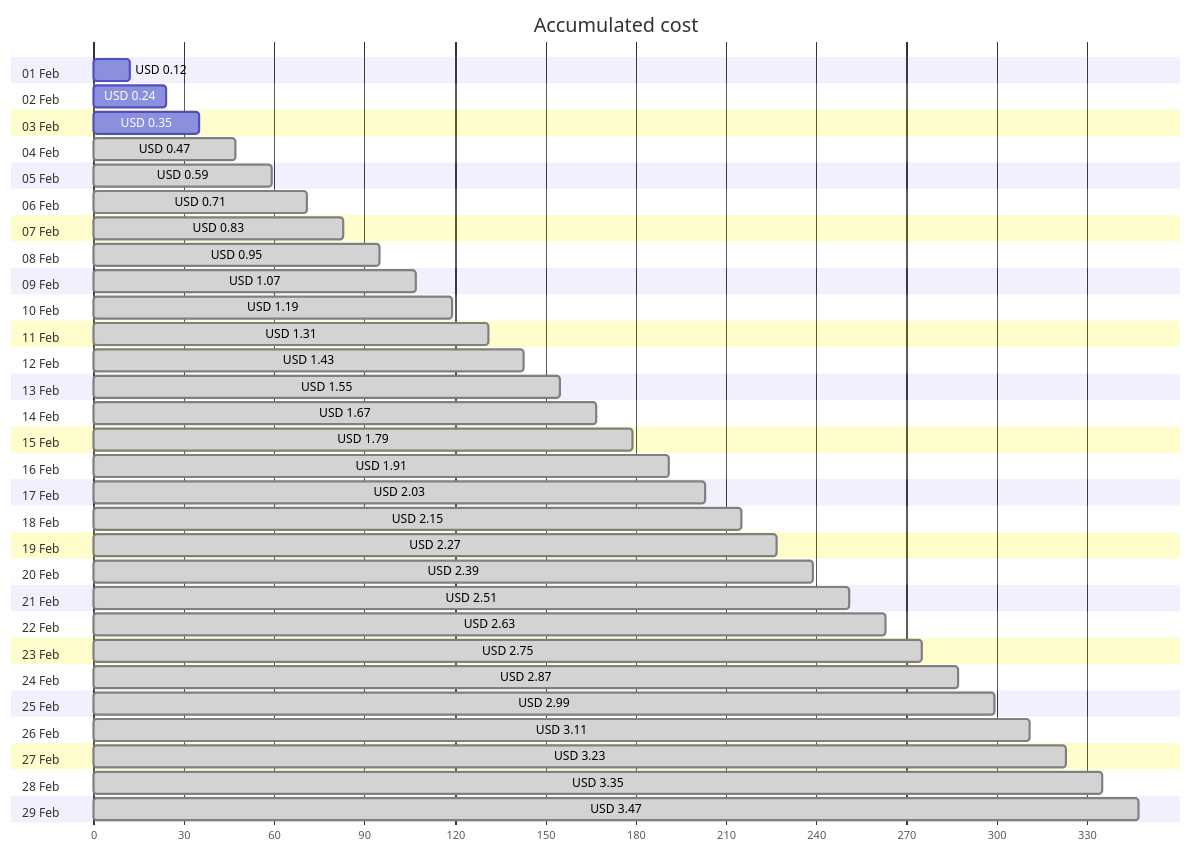
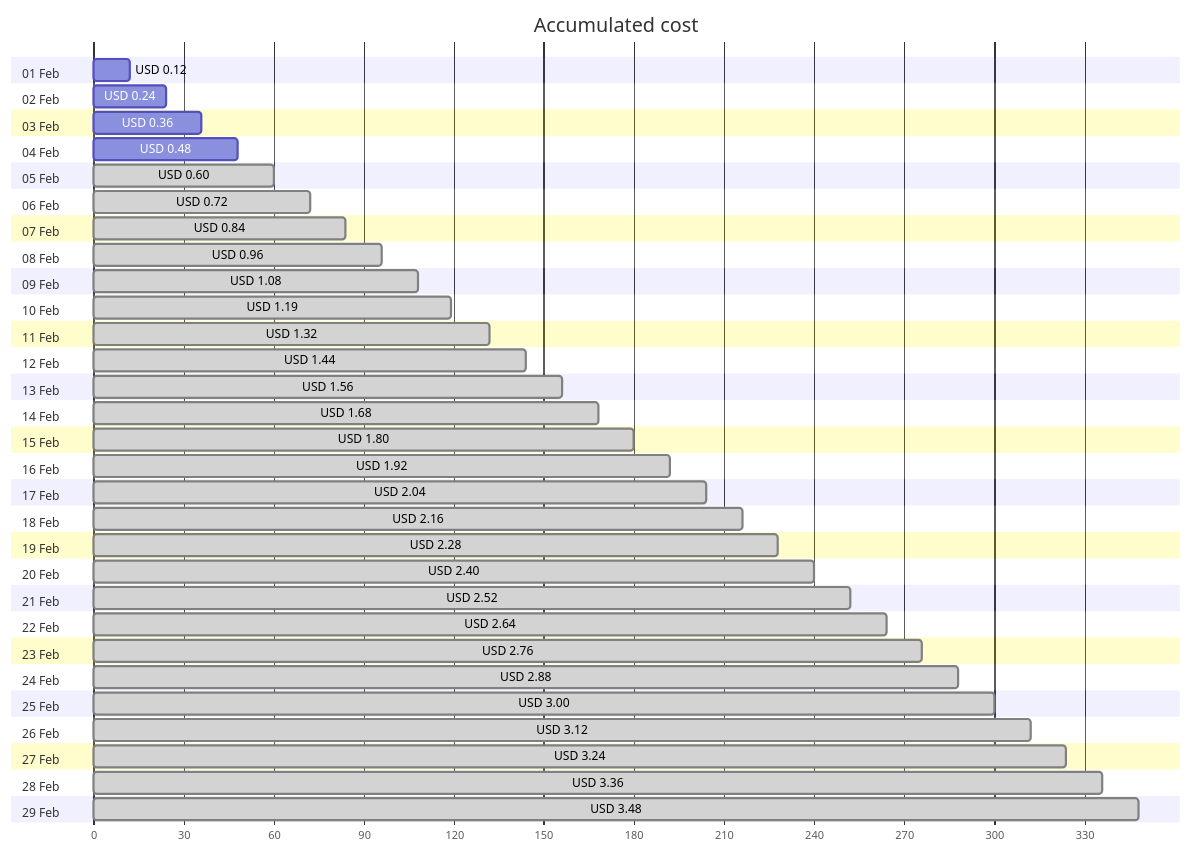
The first of 4 diagrams in cost-reports/personal-network/backup-server-public-ip.md (jpfulton/azure-personal-reports), drawn with Mermaid before and after one commit. The commit also changed other lines of this file and 8 other files, not shown here.

````diff
--- a/cost-reports/personal-network/backup-server-public-ip.md
+++ b/cost-reports/personal-network/backup-server-public-ip.md
@@ -20,64 +20,64 @@
 ```mermaid
 gantt
    title Accumulated cost
    dateFormat  X
    axisFormat %s
    section 01 Feb
    USD 0.12 :0, 12
    section 02 Feb
    USD 0.24 :0, 24
    section 03 Feb
-   USD 0.35 :0, 35
+   USD 0.36 :0, 36
    section 04 Feb
-   USD 0.47 : done, 0, 47
+   USD 0.48 :0, 48
    section 05 Feb
-   USD 0.59 : done, 0, 59
+   USD 0.60 : done, 0, 60
    section 06 Feb
-   USD 0.71 : done, 0, 71
+   USD 0.72 : done, 0, 72
    section 07 Feb
-   USD 0.83 : done, 0, 83
+   USD 0.84 : done, 0, 84
    section 08 Feb
-   USD 0.95 : done, 0, 95
+   USD 0.96 : done, 0, 96
    section 09 Feb
-   USD 1.07 : done, 0, 107
+   USD 1.08 : done, 0, 108
    section 10 Feb
    USD 1.19 : done, 0, 119
    section 11 Feb
-   USD 1.31 : done, 0, 131
+   USD 1.32 : done, 0, 132
    section 12 Feb
-   USD 1.43 : done, 0, 143
+   USD 1.44 : done, 0, 144
    section 13 Feb
-   USD 1.55 : done, 0, 155
+   USD 1.56 : done, 0, 156
    section 14 Feb
-   USD 1.67 : done, 0, 167
+   USD 1.68 : done, 0, 168
    section 15 Feb
-   USD 1.79 : done, 0, 179
+   USD 1.80 : done, 0, 180
    section 16 Feb
-   USD 1.91 : done, 0, 191
+   USD 1.92 : done, 0, 192
    section 17 Feb
-   USD 2.03 : done, 0, 203
+   USD 2.04 : done, 0, 204
    section 18 Feb
-   USD 2.15 : done, 0, 215
+   USD 2.16 : done, 0, 216
    section 19 Feb
-   USD 2.27 : done, 0, 227
+   USD 2.28 : done, 0, 228
    section 20 Feb
-   USD 2.39 : done, 0, 239
+   USD 2.40 : done, 0, 240
    section 21 Feb
-   USD 2.51 : done, 0, 251
+   USD 2.52 : done, 0, 252
    section 22 Feb
-   USD 2.63 : done, 0, 263
+   USD 2.64 : done, 0, 264
    section 23 Feb
-   USD 2.75 : done, 0, 275
+   USD 2.76 : done, 0, 276
    section 24 Feb
-   USD 2.87 : done, 0, 287
+   USD 2.88 : done, 0, 288
    section 25 Feb
-   USD 2.99 : done, 0, 299
+   USD 3.00 : done, 0, 300
    section 26 Feb
-   USD 3.11 : done, 0, 311
+   USD 3.12 : done, 0, 312
    section 27 Feb
-   USD 3.23 : done, 0, 323
+   USD 3.24 : done, 0, 324
    section 28 Feb
-   USD 3.35 : done, 0, 335
+   USD 3.36 : done, 0, 336
    section 29 Feb
-   USD 3.47 : done, 0, 347
+   USD 3.48 : done, 0, 348
 ```
````
